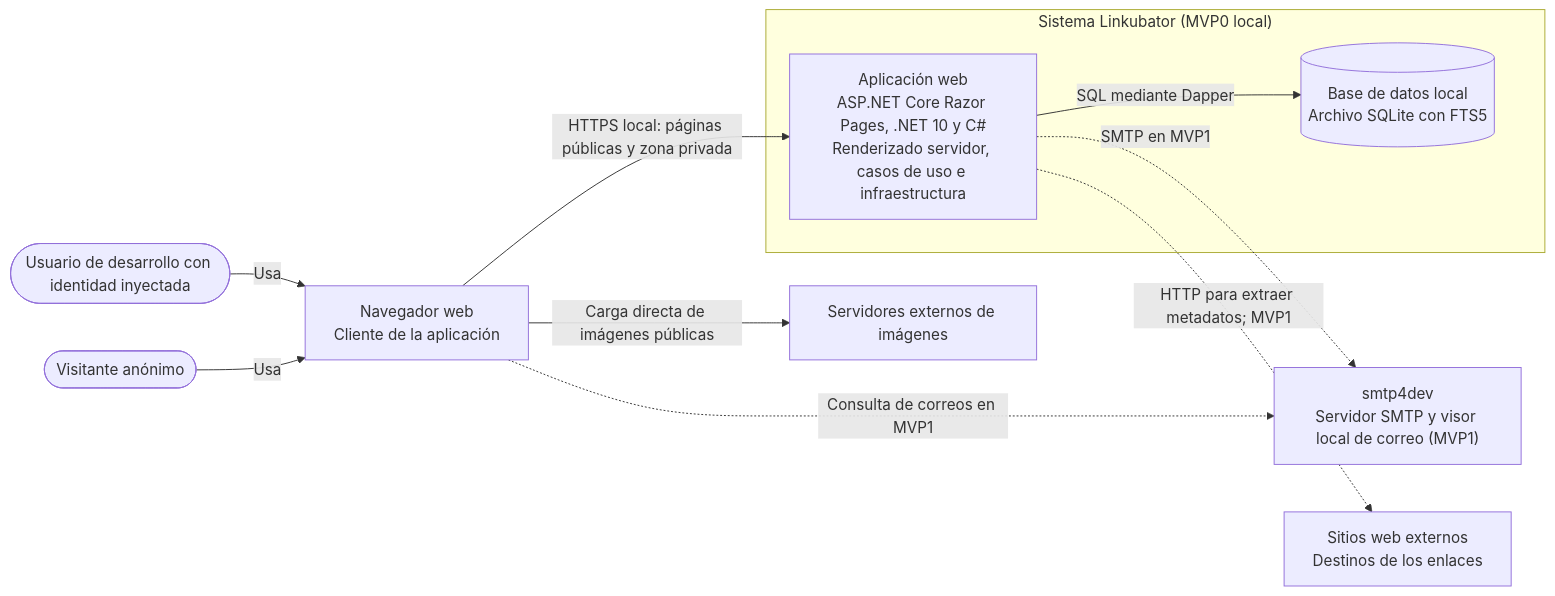
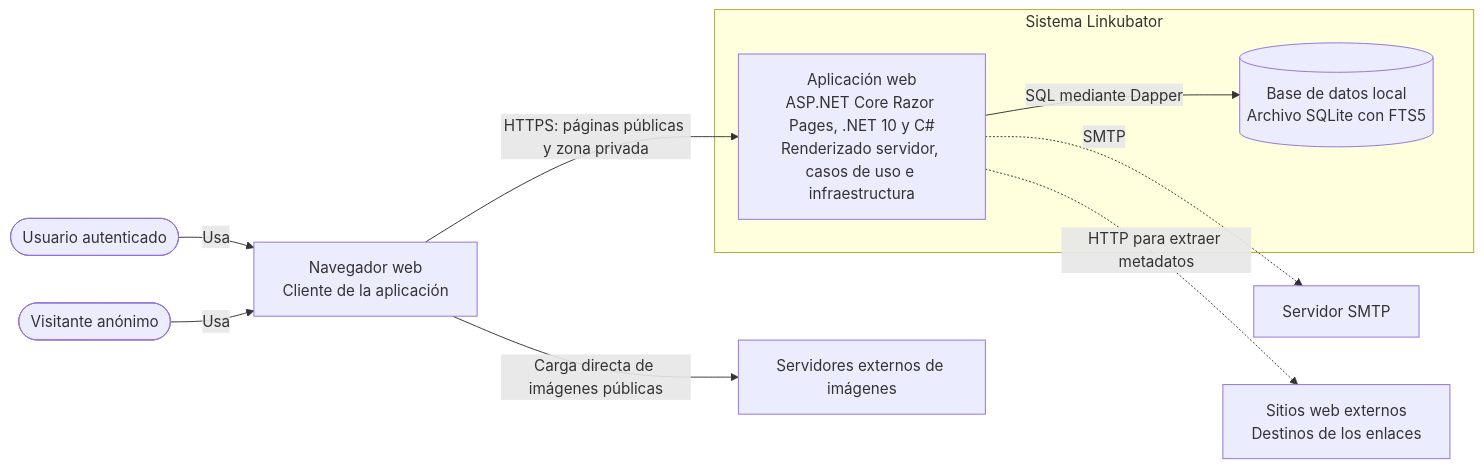
Before and after one commit to DaveSoftDev/Linkubator: the diagram in context/diagrams/container-diagram.md, drawn with Mermaid. The commit also changed other lines of this file and 29 other files, not shown here.

````diff
--- a/context/diagrams/container-diagram.md
+++ b/context/diagrams/container-diagram.md
@@ -5,24 +5,23 @@
 ```mermaid
 flowchart LR
-    devUser([Usuario de desarrollo con identidad inyectada])
+    user([Usuario autenticado])
     visitor([Visitante anónimo])
     browser["Navegador web<br/>Cliente de la aplicación"]
 
-    subgraph scope["Sistema Linkubator (MVP0 local)"]
+    subgraph scope["Sistema Linkubator"]
         web["Aplicación web<br/>ASP.NET Core Razor Pages, .NET 10 y C#<br/>Renderizado servidor, casos de uso e infraestructura"]
         database[("Base de datos local<br/>Archivo SQLite con FTS5")]
         web -->|SQL mediante Dapper| database
     end
 
-    smtp["smtp4dev<br/>Servidor SMTP y visor local de correo (MVP1)"]
+    smtp["Servidor SMTP"]
     targetSites["Sitios web externos<br/>Destinos de los enlaces"]
     imageHosts["Servidores externos de imágenes"]
 
-    devUser -->|Usa| browser
+    user -->|Usa| browser
     visitor -->|Usa| browser
-    browser -->|HTTPS local: páginas públicas y zona privada| web
-    web -.->|SMTP en MVP1| smtp
-    browser -.->|Consulta de correos en MVP1| smtp
-    web -.->|HTTP para extraer metadatos; MVP1| targetSites
+    browser -->|HTTPS: páginas públicas y zona privada| web
+    web -.->|SMTP| smtp
+    web -.->|HTTP para extraer metadatos| targetSites
     browser -->|Carga directa de imágenes públicas| imageHosts
 ```
````
